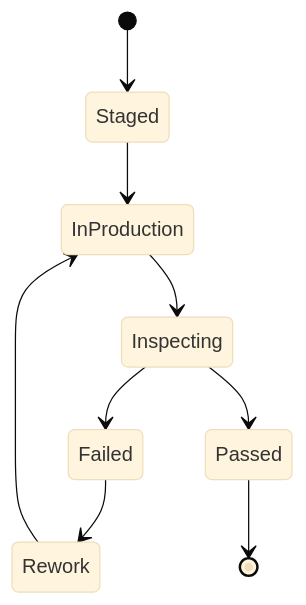
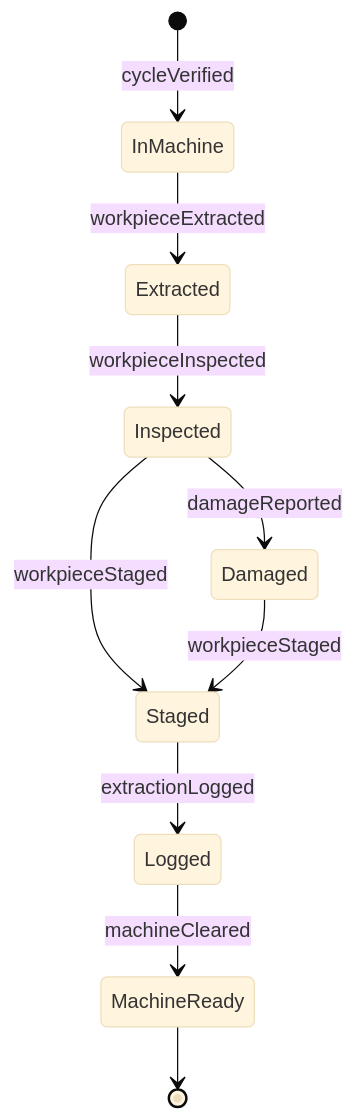
Before and after one commit to dot-org-ai/tasks.org.ai: the second of 4 diagrams in HandlingAndMovingObjects/RemoveWorkpiecesFromProductionEquipment/RemoveProductsWorkpiecesProductionEquipment.mdx, drawn with Mermaid (base theme). The commit also changed other lines of this file and 515 other files, not shown here.

````diff
--- a/HandlingAndMovingObjects/RemoveWorkpiecesFromProductionEquipment/RemoveProductsWorkpiecesProductionEquipment.mdx
+++ b/HandlingAndMovingObjects/RemoveWorkpiecesFromProductionEquipment/RemoveProductsWorkpiecesProductionEquipment.mdx
@@ -99,11 +99,12 @@
 ```mermaid
 stateDiagram-v2
-    [*] --> Staged
-    Staged --> InProduction
-    InProduction --> Inspecting
-    Inspecting --> Failed
-    Failed --> Rework
-    Rework --> InProduction
-    Inspecting --> Passed
-    Passed --> [*]
+    [*] --> InMachine : cycleVerified
+    InMachine --> Extracted : workpieceExtracted
+    Extracted --> Inspected : workpieceInspected
+    Inspected --> Staged : workpieceStaged
+    Staged --> Logged : extractionLogged
+    Logged --> MachineReady : machineCleared
+    Inspected --> Damaged : damageReported
+    Damaged --> Staged : workpieceStaged
+    MachineReady --> [*]
 ```
````
